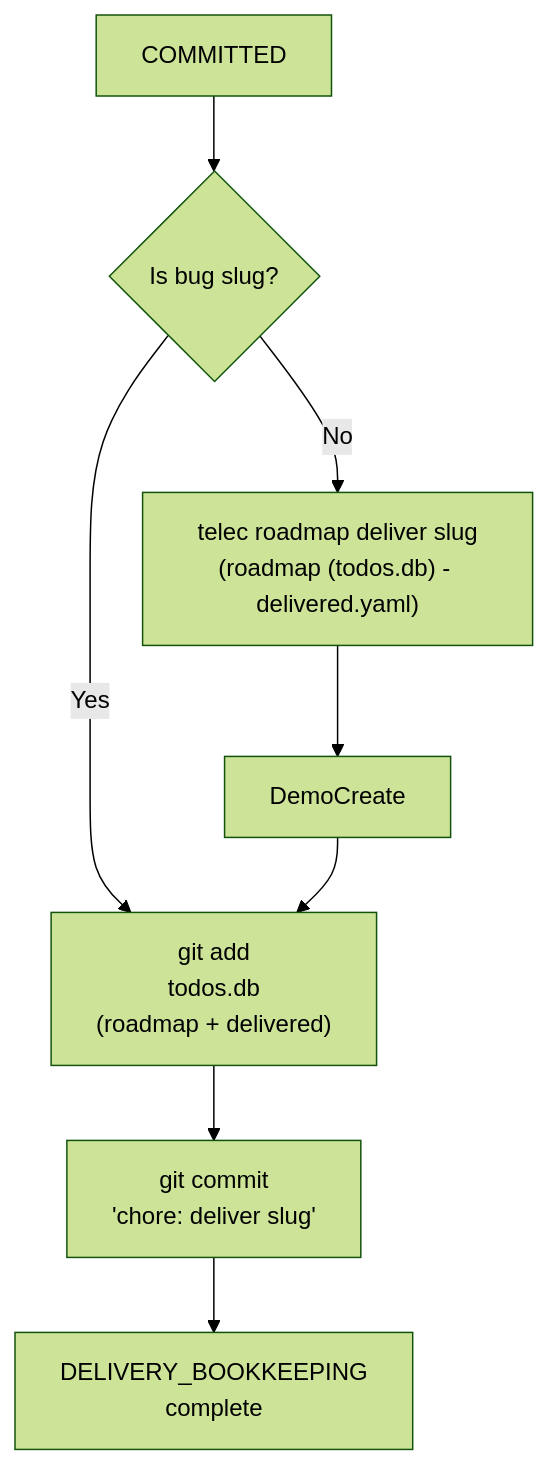
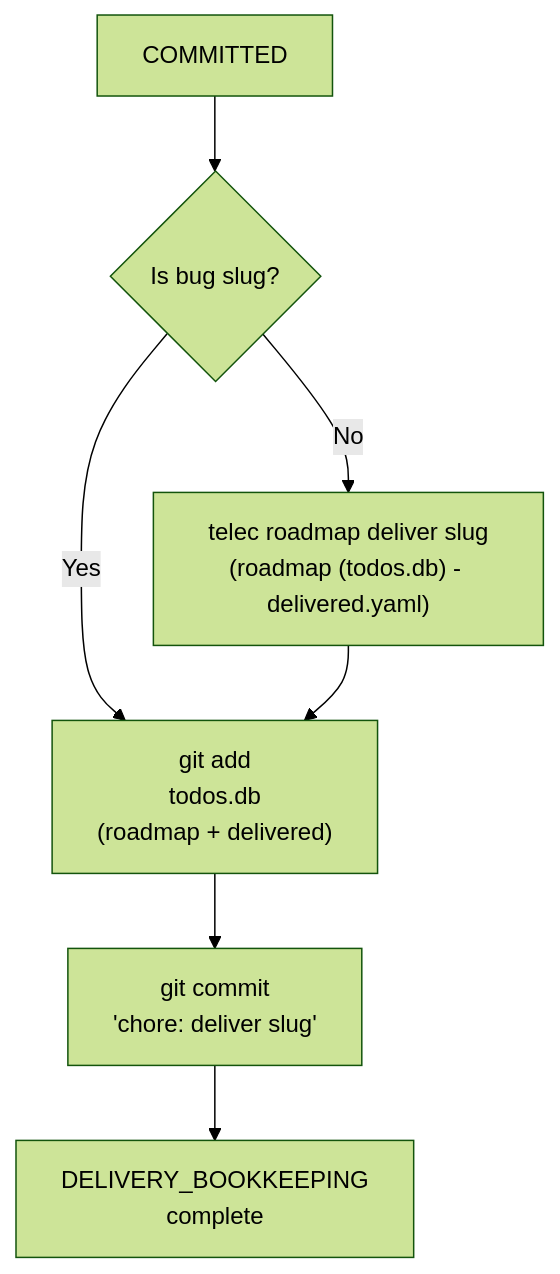
One commit to InstruktAI/TeleClaude changed the tenth of 12 diagrams in docs/project/design/architecture/integration-state-machine.md. Above: the diagram before and after it, drawn with Mermaid (forest theme). The commit also changed 2 other files, not shown here.

Commit message:
fix(docs): remove stale demo phase references from docs and manifests [skip ci]
Demo creation was removed from the lifecycle but three documentation
surfaces still referenced it — CLI surface manifest, integration state
machine diagram, and README lifecycle description.

🤖 Generated with [TeleClaude](https://github.com/InstruktAI/TeleClaude)

````diff
--- a/docs/project/design/architecture/integration-state-machine.md
+++ b/docs/project/design/architecture/integration-state-machine.md
@@ -449,21 +449,20 @@
 ```mermaid
 flowchart TD
     Committed["COMMITTED"]
 
     IsBug{"Is bug slug?"}
 
     Deliver["telec roadmap deliver slug<br/>(roadmap (todos.db) - delivered.yaml)"]
 
     Stage["git add<br/>todos.db<br/>(roadmap + delivered)"]
     Commit["git commit<br/>'chore: deliver slug'"]
 
     Push["DELIVERY_BOOKKEEPING<br/>complete"]
 
     Committed --> IsBug
     IsBug -->|"No"| Deliver
     IsBug -->|"Yes"| Stage
-    Deliver --> DemoCreate
-    DemoCreate --> Stage
+    Deliver --> Stage
     Stage --> Commit
     Commit --> Push
 ```
````
